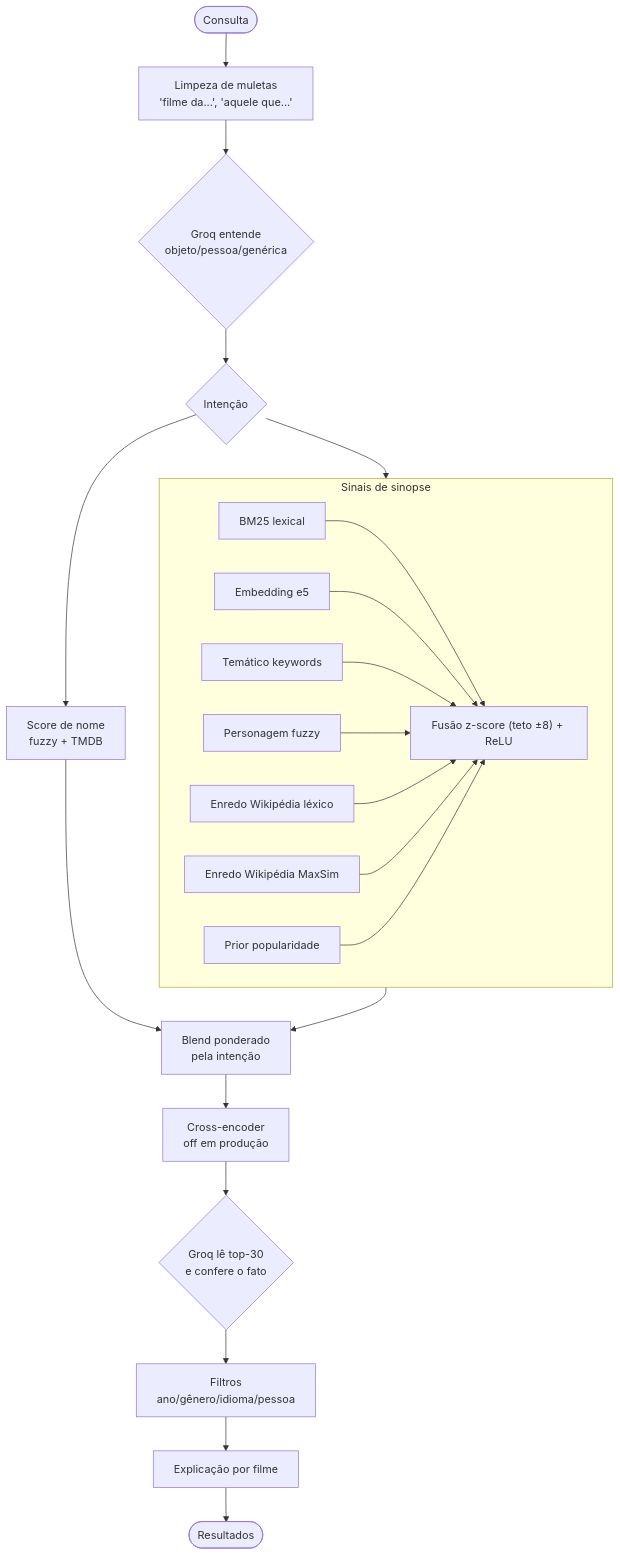
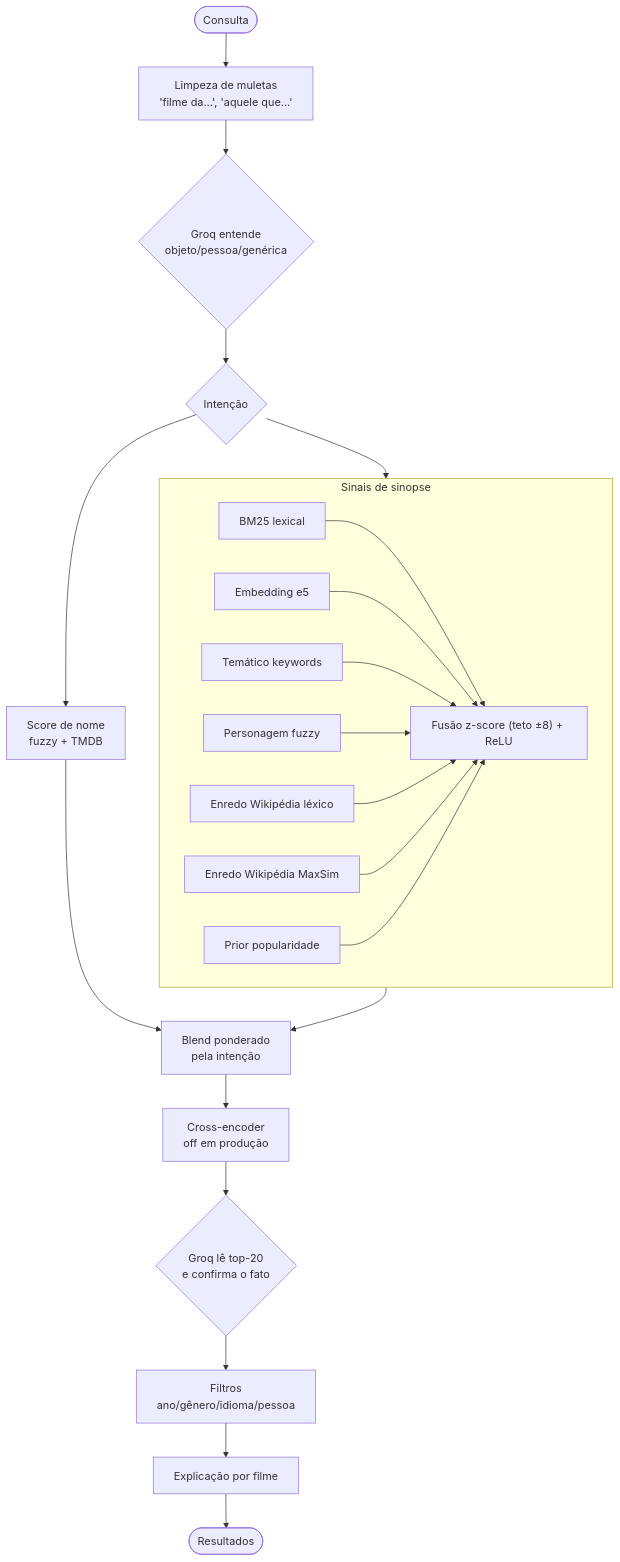
One commit to davidogral/recomenda-ai changed the eighth of 13 diagrams in docs/METODOLOGIA.md. Above: the diagram before and after it, drawn with Mermaid. The commit also changed other lines of this file and 7 other files, not shown here.

````diff
--- a/docs/METODOLOGIA.md
+++ b/docs/METODOLOGIA.md
@@ -477,25 +498,25 @@
 ```mermaid
 flowchart TD
     Q([Consulta]) --> CL[Limpeza de muletas<br/>'filme da...', 'aquele que...']
     CL --> LLM{Groq entende<br/>objeto/pessoa/genérica}
     LLM --> I{Intenção}
     I --> NS[Score de nome<br/>fuzzy + TMDB]
     I --> SS[Score de sinopse]
     subgraph SS[Sinais de sinopse]
         BM[BM25 lexical] --> FU
         EMB[Embedding e5] --> FU
         KW[Temático keywords] --> FU
         ENT[Personagem fuzzy] --> FU
         PLX[Enredo Wikipédia léxico] --> FU
         PMX[Enredo Wikipédia MaxSim] --> FU
         POP[Prior popularidade] --> FU
         FU["Fusão z-score (teto ±8) + ReLU"]
     end
     NS --> BL[Blend ponderado<br/>pela intenção]
     SS --> BL
     BL --> RR[Cross-encoder<br/>off em produção]
-    RR --> LR{Groq lê top-30<br/>e confere o fato}
+    RR --> LR{Groq lê top-20<br/>e confirma o fato}
     LR --> FT[Filtros<br/>ano/gênero/idioma/pessoa]
     FT --> EX[Explicação por filme]
     EX --> OUT([Resultados])
 ```
````
